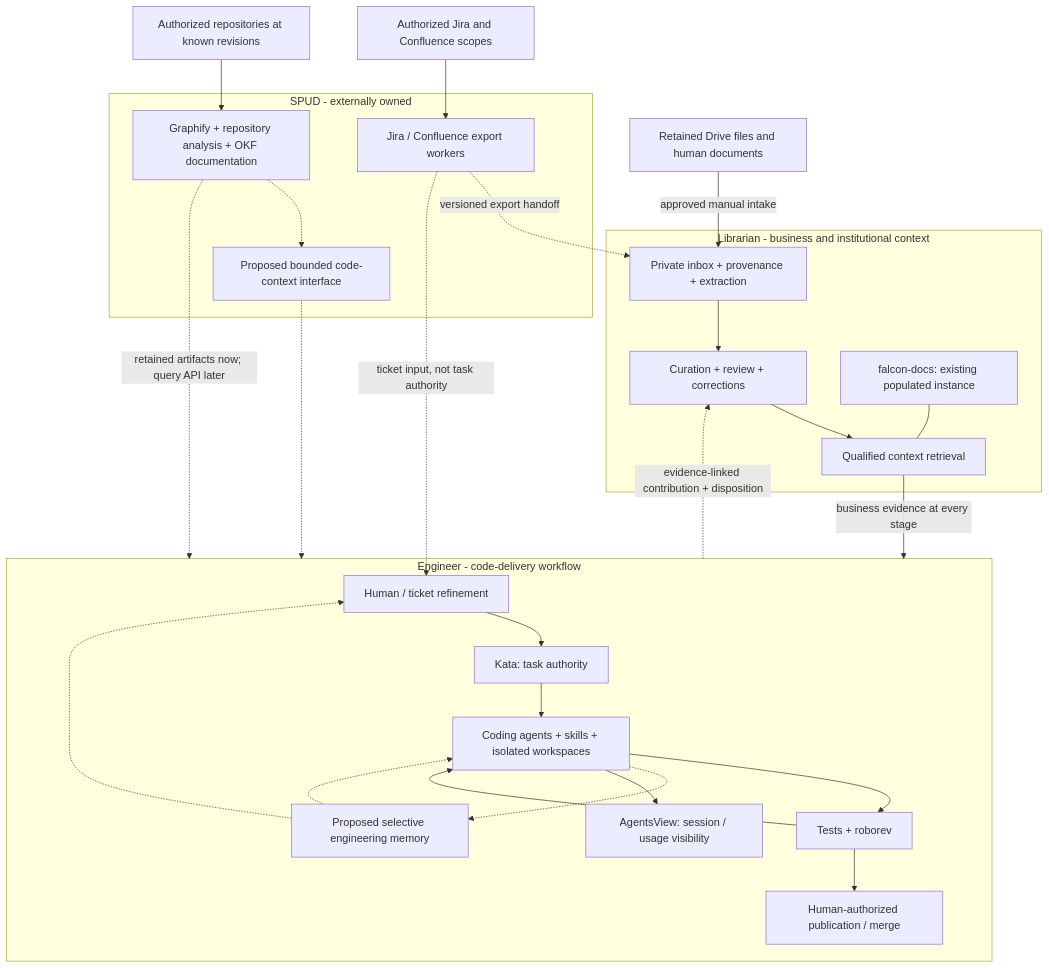
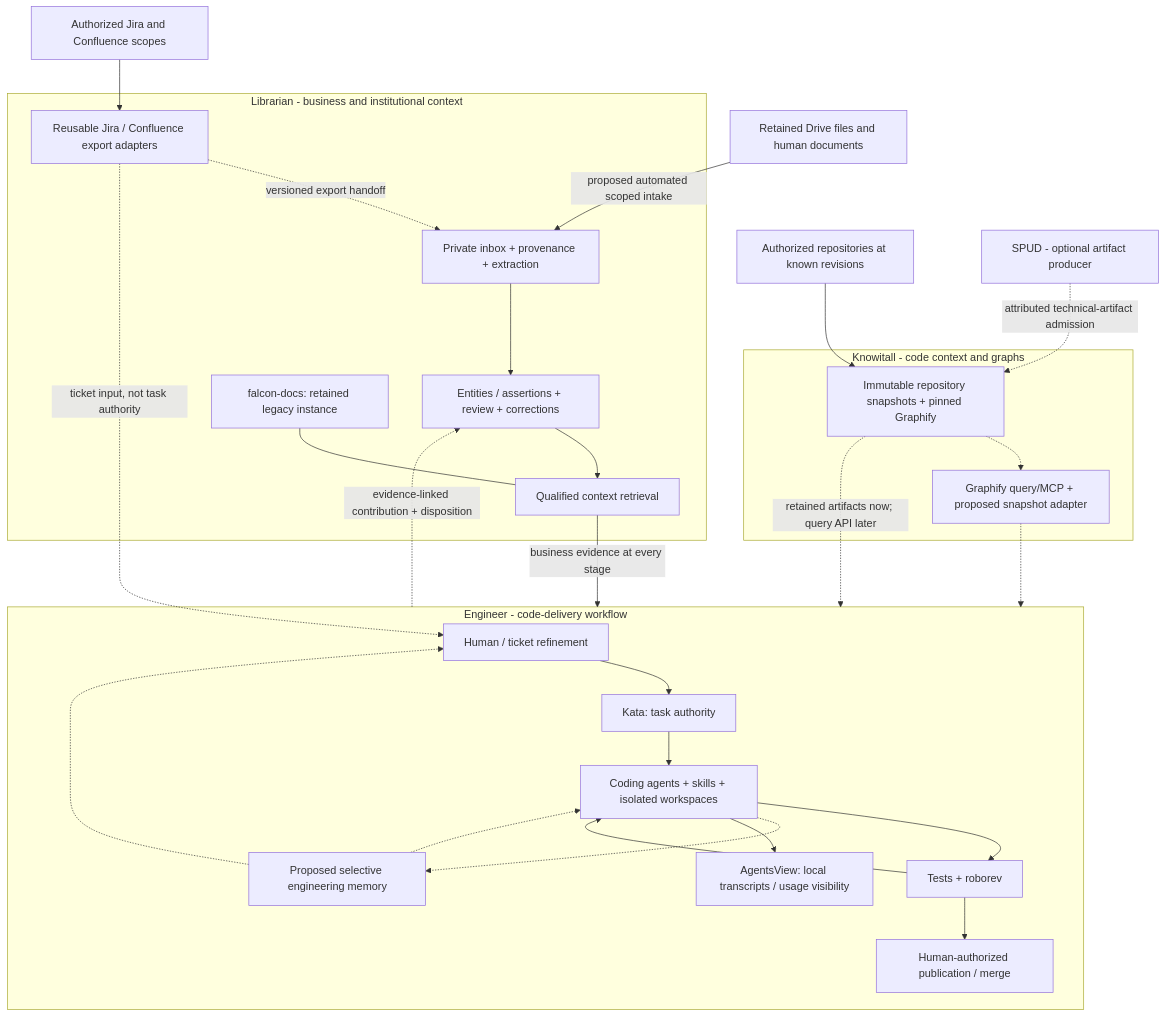
Before and after one commit to GSA/the_engineer: the first of 3 diagrams in context/system-architecture.md, drawn with Mermaid. The commit also changed other lines of this file and 24 other files, not shown here.

````diff
--- a/context/system-architecture.md
+++ b/context/system-architecture.md
@@ -31,48 +601,51 @@
 ```mermaid
 flowchart TB
     atlassian["Authorized Jira and Confluence scopes"]
     documents["Retained Drive files and human documents"]
     repos["Authorized repositories at known revisions"]
 
-    subgraph spud["SPUD - externally owned"]
-        acquire["Jira / Confluence export workers"]
-        code["Graphify + repository analysis + OKF documentation"]
-        query["Proposed bounded code-context interface"]
+    spud["SPUD - optional artifact producer"]
+
+    subgraph knowitall["Knowitall - code context and graphs"]
+        code["Immutable repository snapshots + pinned Graphify"]
+        query["Graphify query/MCP + proposed snapshot adapter"]
         code -.-> query
     end
 
     subgraph librarian["Librarian - business and institutional context"]
+        acquire["Reusable Jira / Confluence export adapters"]
         intake["Private inbox + provenance + extraction"]
-        curate["Curation + review + corrections"]
+        curate["Entities / assertions + review + corrections"]
         retrieve["Qualified context retrieval"]
-        falcon["falcon-docs: existing populated instance"]
+        falcon["falcon-docs: retained legacy instance"]
         intake --> curate --> retrieve
         falcon --- retrieve
     end
 
     subgraph engineer["Engineer - code-delivery workflow"]
         refine["Human / ticket refinement"]
         tasks["Kata: task authority"]
         bots["Coding agents + skills + isolated workspaces"]
         review["Tests + roborev"]
         land["Human-authorized publication / merge"]
         memory["Proposed selective engineering memory"]
-        visibility["AgentsView: session / usage visibility"]
+        visibility["AgentsView: local transcripts / usage visibility"]
         refine --> tasks --> bots --> review --> land
         review --> bots
         memory -.-> refine
         memory -.-> bots
         bots -.-> memory
         bots --> visibility
     end
 
     atlassian --> acquire
-    documents -->|"approved manual intake"| intake
+    documents -->|"proposed automated scoped intake"| intake
     acquire -.->|"versioned export handoff"| intake
     acquire -.->|"ticket input, not task authority"| refine
     repos --> code
+    spud -.->|"attributed technical-artifact admission"| code
     retrieve -->|"business evidence at every stage"| engineer
     code -.->|"retained artifacts now; query API later"| engineer
     query -.-> engineer
     engineer -.->|"evidence-linked contribution + disposition"| curate
 ```
````
